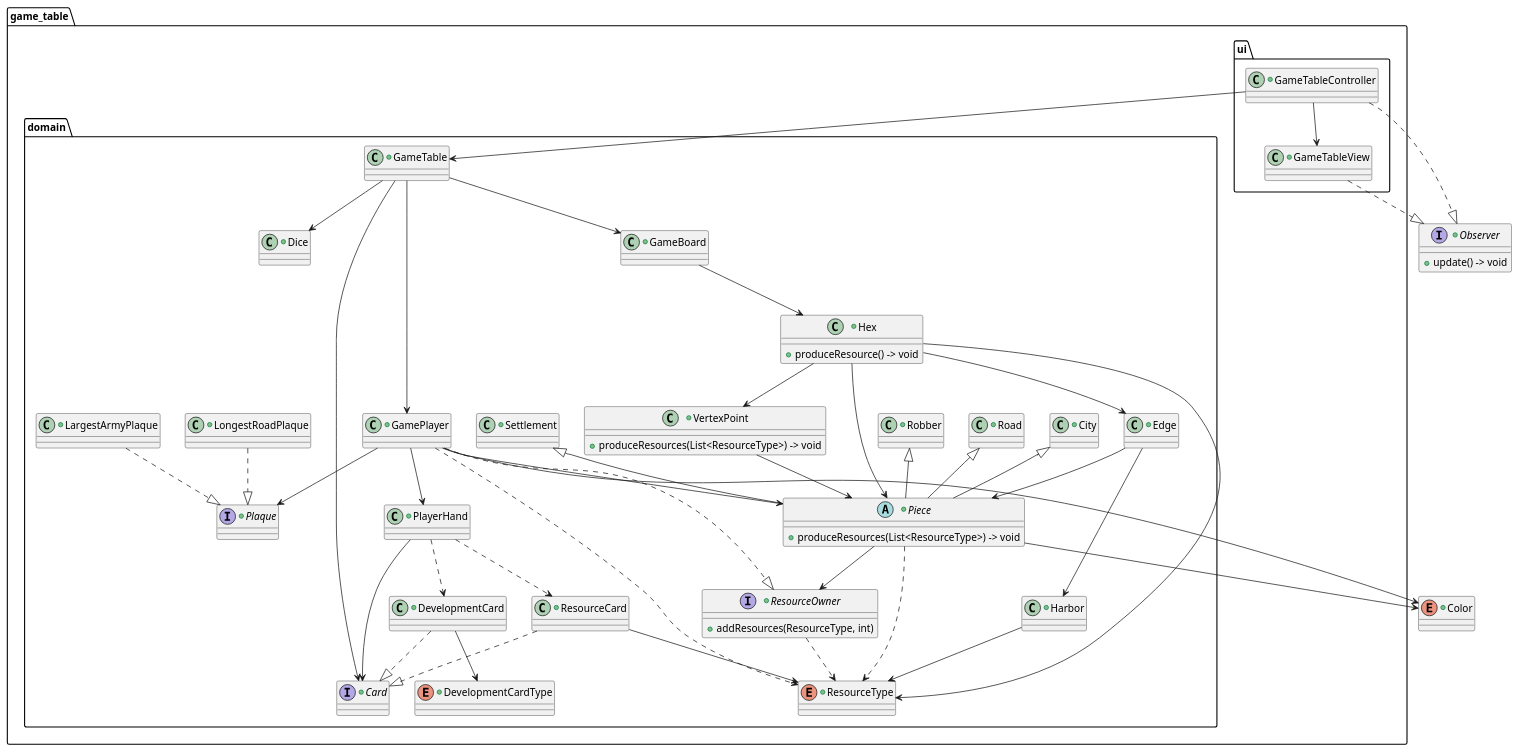
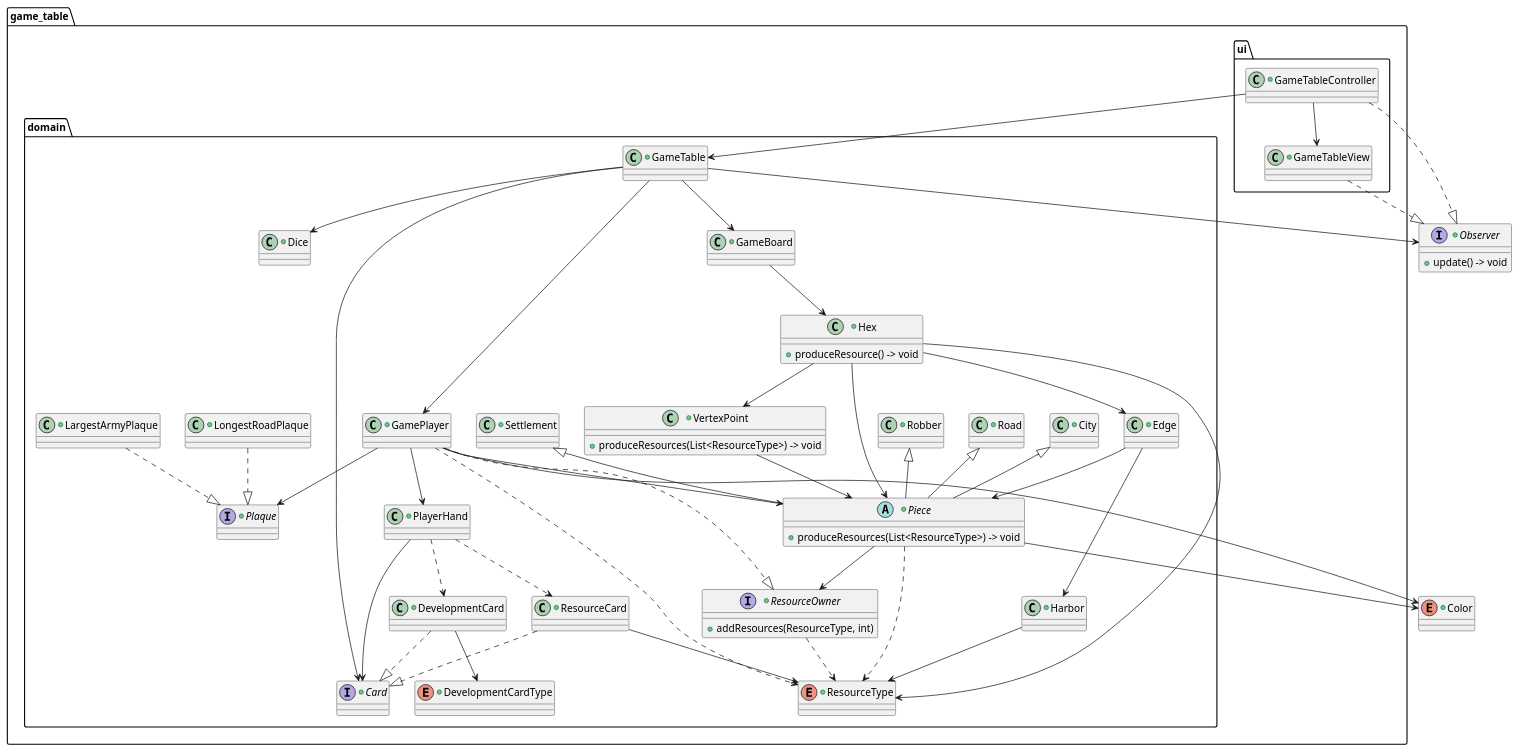
One commit to nu-cs-sqe/cs380-software-quality-engineering-20262701-course-project-group-5 changed the diagram in docs/design/game_table.puml. Above: the diagram before and after it, drawn with PlantUML.

Commit message:
Added forgotten dependency arrow in MVC pattern

```diff
--- a/docs/design/game_table.puml
+++ b/docs/design/game_table.puml
@@ -1,152 +1,153 @@
 @startuml
 
 +interface Observer {
     +update() -> void
 }
 
 +enum Color {
 }
 
 package game_table {
 
 package ui {
 
     +class GameTableController {
     }
 
     +class GameTableView {
     }
 
 }
 
 package domain {
 
     +class GameTable {
     }
 
     +class GamePlayer {
     }
 
     +interface ResourceOwner {
         +addResources(ResourceType, int)
     }
 
     +class PlayerHand {
     }
 
     +class GameBoard {
     }
 
     +class Hex {
         +produceResource() -> void
     }
 
     +class VertexPoint {
         +produceResources(List<ResourceType>) -> void
     }
 
     +class Edge {
     }
 
     +abstract class Piece {
         +produceResources(List<ResourceType>) -> void
     }
 
     +class Settlement {
     }
 
     +class City {
     }
 
     +class Road {
     }
 
     +class Robber {
     }
 
     +class Harbor {
     }
 
     +class Dice {
     }
 
     +interface Card {
     }
 
     +class ResourceCard {
     }
 
     +class DevelopmentCard {
     }
 
     +enum ResourceType {
     }
 
     +enum DevelopmentCardType {
     }
 
     +interface Plaque {
     }
 
     +class LongestRoadPlaque {
     }
 
     +class LargestArmyPlaque {
     }
 
 }
 
 }
 
 GameTableController --> GameTableView
 GameTableController --> GameTable
 GameTableController ..|> Observer
 GameTableView ..|> Observer
 
 GameTable --> GamePlayer
 GameTable --> GameBoard
 GameTable --> Card
 GameTable --> Dice
+GameTable --> Observer
 
 GamePlayer --> PlayerHand
 GamePlayer --> Piece
 GamePlayer --> Color
 GamePlayer --> Plaque
 GamePlayer ..|> ResourceOwner
 GamePlayer ..> ResourceType
 ResourceOwner ..> ResourceType
 
 GameBoard --> Hex
 
 Hex --> Piece
 Hex --> VertexPoint
 Hex --> Edge
 Hex --> ResourceType
 
 VertexPoint --> Piece
 Edge --> Piece
 Edge --> Harbor
 Harbor --> ResourceType
 
 PlayerHand --> Card
 PlayerHand ..> ResourceCard
 PlayerHand ..> DevelopmentCard
 
 Settlement <|-- Piece
 City <|-- Piece
 Road <|-- Piece
 Robber <|-- Piece
 
 Piece --> ResourceOwner
 Piece ..> ResourceType
 Piece --> Color
 
 ResourceCard ..|> Card
 ResourceCard --> ResourceType
 DevelopmentCard ..|> Card
 DevelopmentCard --> DevelopmentCardType
 
 LongestRoadPlaque ..|> Plaque
 LargestArmyPlaque ..|> Plaque
 
 @enduml
```
